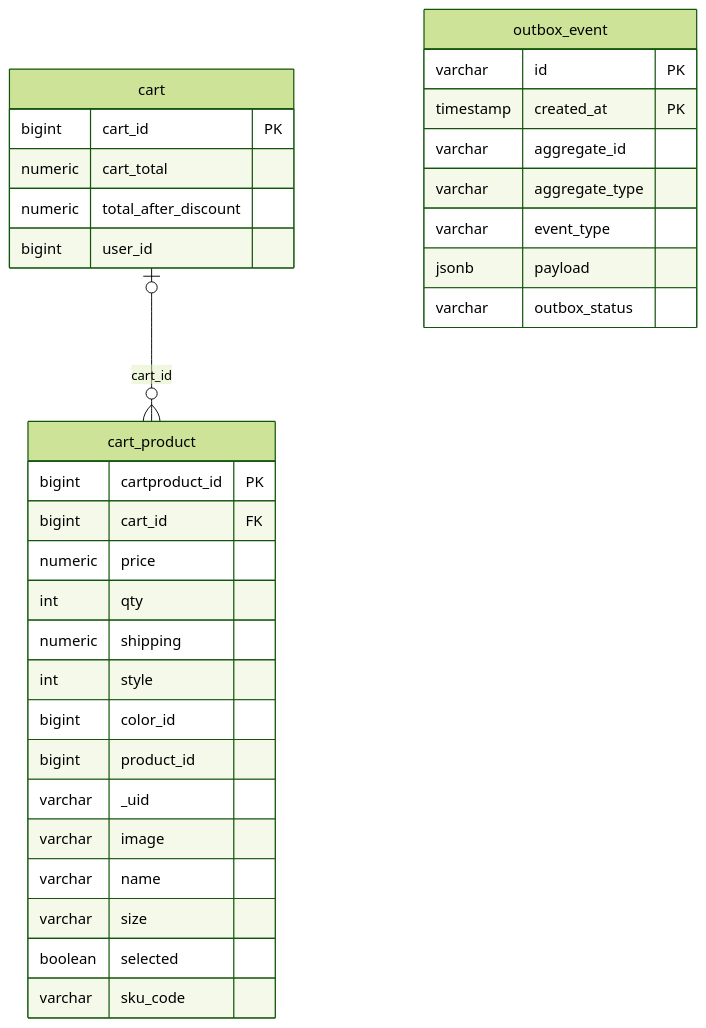
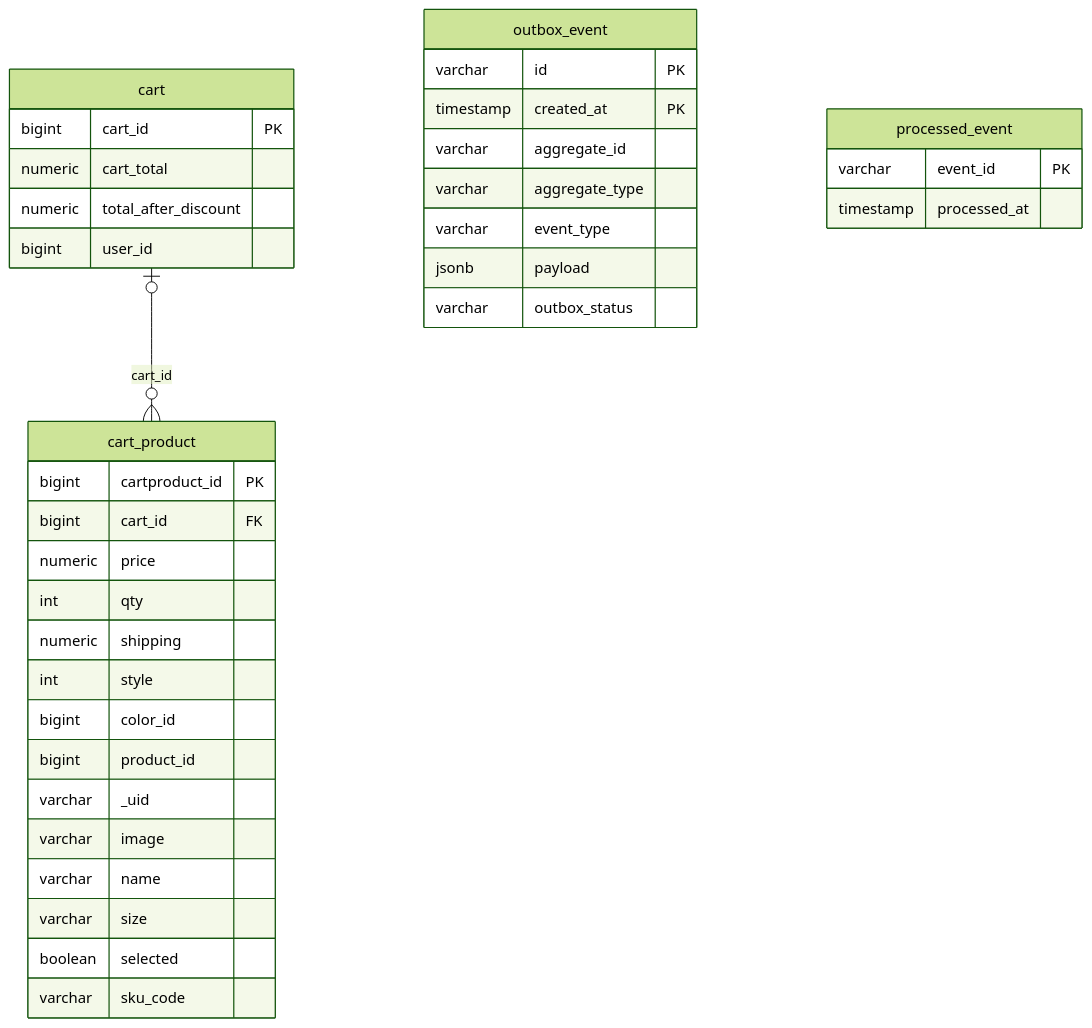
The fifth of 8 diagrams in docs/69-erd.ko.md (ruke79/ecommerce-msa-portfolio), drawn with Mermaid (forest theme) before and after one commit. The commit also changed other lines of this file and 126 other files, not shown here.

````diff
--- a/docs/69-erd.ko.md
+++ b/docs/69-erd.ko.md
@@ -451,35 +470,39 @@
 ```mermaid
 erDiagram
     cart {
         bigint cart_id PK
         numeric cart_total
         numeric total_after_discount
         bigint user_id
     }
     cart_product {
         bigint cartproduct_id PK
         bigint cart_id FK
         numeric price
         int qty
         numeric shipping
         int style
         bigint color_id
         bigint product_id
         varchar _uid
         varchar image
         varchar name
         varchar size
         boolean selected
         varchar sku_code
     }
     outbox_event {
         varchar id PK
         timestamp created_at PK
         varchar aggregate_id
         varchar aggregate_type
         varchar event_type
         jsonb payload
         varchar outbox_status
     }
+    processed_event {
+        varchar event_id PK
+        timestamp processed_at
+    }
     cart |o--o{ cart_product : "cart_id"
 ```
````
